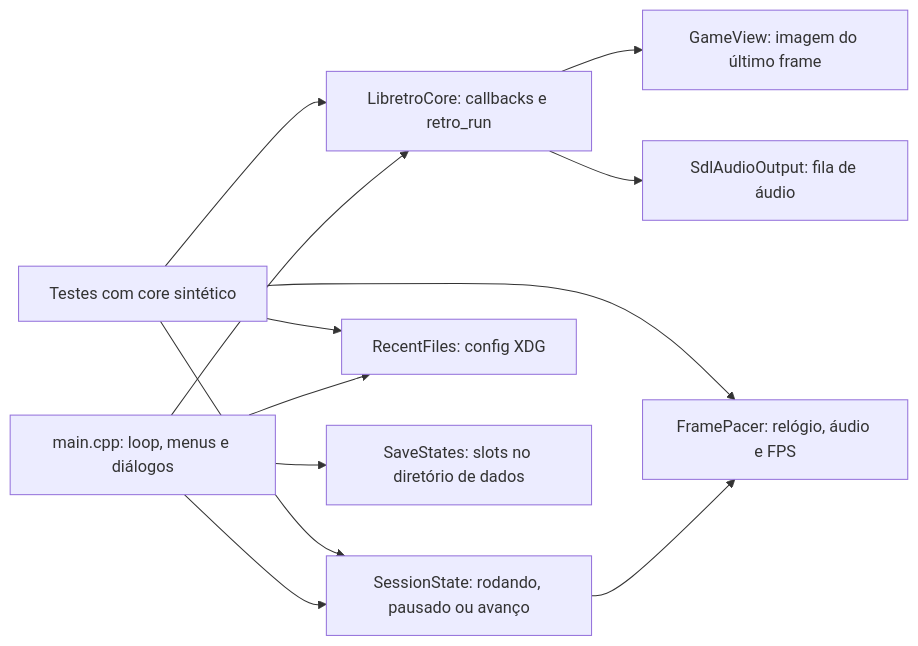
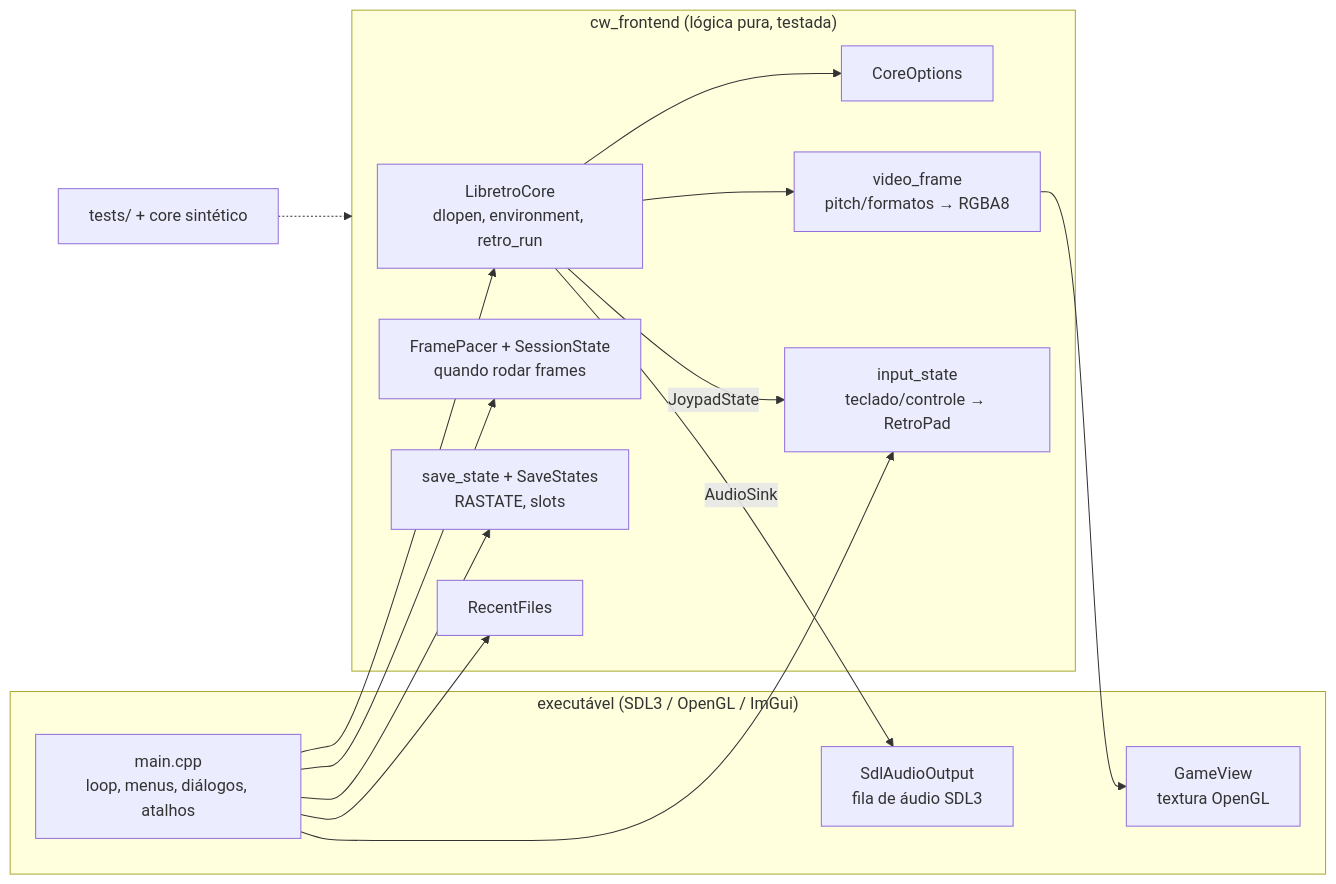
One commit to MichaelAlexandreDev/cheevo-workbench changed the diagram in docs/study/01-front-end-minimo.md. Above: the diagram before and after it, drawn with Mermaid. The commit also changed other lines of this file and 2 other files, not shown here.

````diff
--- a/docs/study/01-front-end-minimo.md
+++ b/docs/study/01-front-end-minimo.md
@@ -17,14 +20,28 @@
 ```mermaid
 flowchart LR
-    Main[main.cpp: loop, menus e diálogos] --> Core[LibretroCore: callbacks e retro_run]
-    Main --> Session[SessionState: rodando, pausado ou avanço]
-    Session --> Pacer[FramePacer: relógio, áudio e FPS]
-    Core --> Video[GameView: imagem do último frame]
-    Core --> Audio[SdlAudioOutput: fila de áudio]
-    Main --> Recent[RecentFiles: config XDG]
-    Main --> States[SaveStates: slots no diretório de dados]
-    Tests[Testes com core sintético] --> Core
-    Tests --> Session
-    Tests --> Pacer
-    Tests --> Recent
+    subgraph app["executável (SDL3 / OpenGL / ImGui)"]
+        Main["main.cpp<br/>loop, menus, diálogos, atalhos"]
+        View["GameView<br/>textura OpenGL"]
+        Sdl["SdlAudioOutput<br/>fila de áudio SDL3"]
+    end
+    subgraph lib["cw_frontend (lógica pura, testada)"]
+        Core["LibretroCore<br/>dlopen, environment, retro_run"]
+        Opts["CoreOptions"]
+        Frame["video_frame<br/>pitch/formatos → RGBA8"]
+        Input["input_state<br/>teclado/controle → RetroPad"]
+        Pacer["FramePacer + SessionState<br/>quando rodar frames"]
+        State["save_state + SaveStates<br/>RASTATE, slots"]
+        Recent["RecentFiles"]
+    end
+    Main --> Core
+    Main --> Pacer
+    Main --> Input
+    Main --> State
+    Main --> Recent
+    Core --> Opts
+    Core --> Frame
+    Core -- AudioSink --> Sdl
+    Core -- JoypadState --> Input
+    Frame --> View
+    Test["tests/ + core sintético"] -.-> lib
 ```
````
